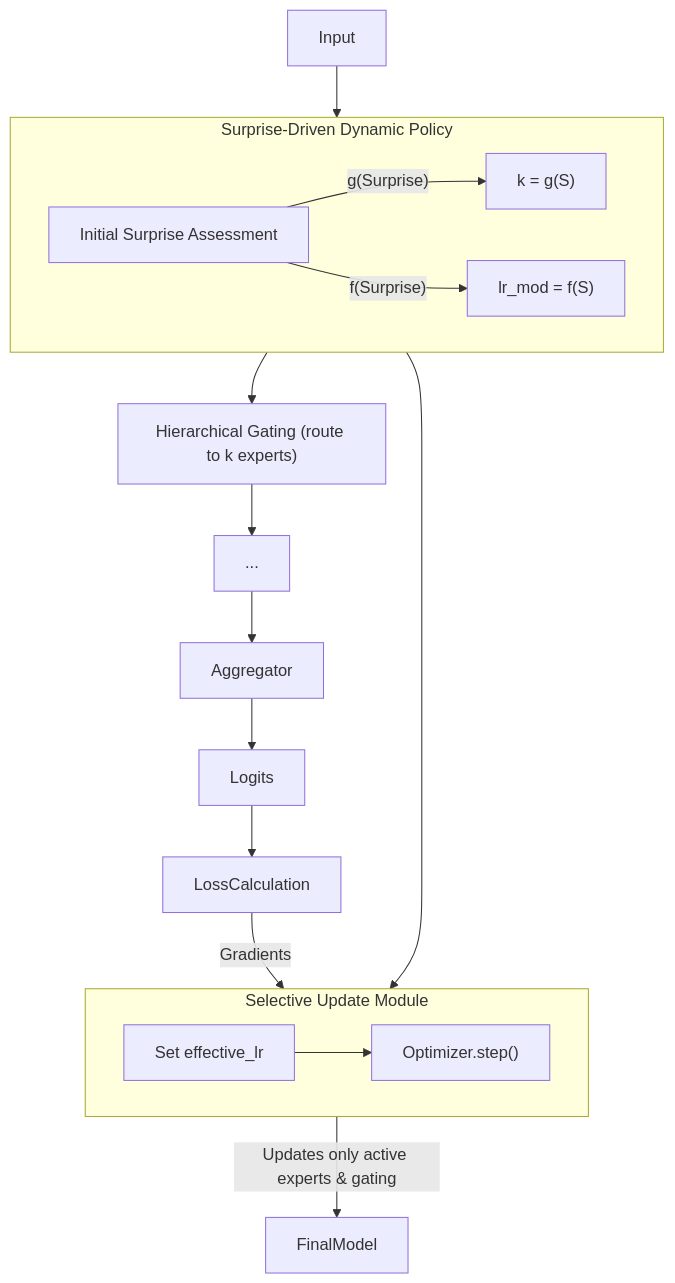
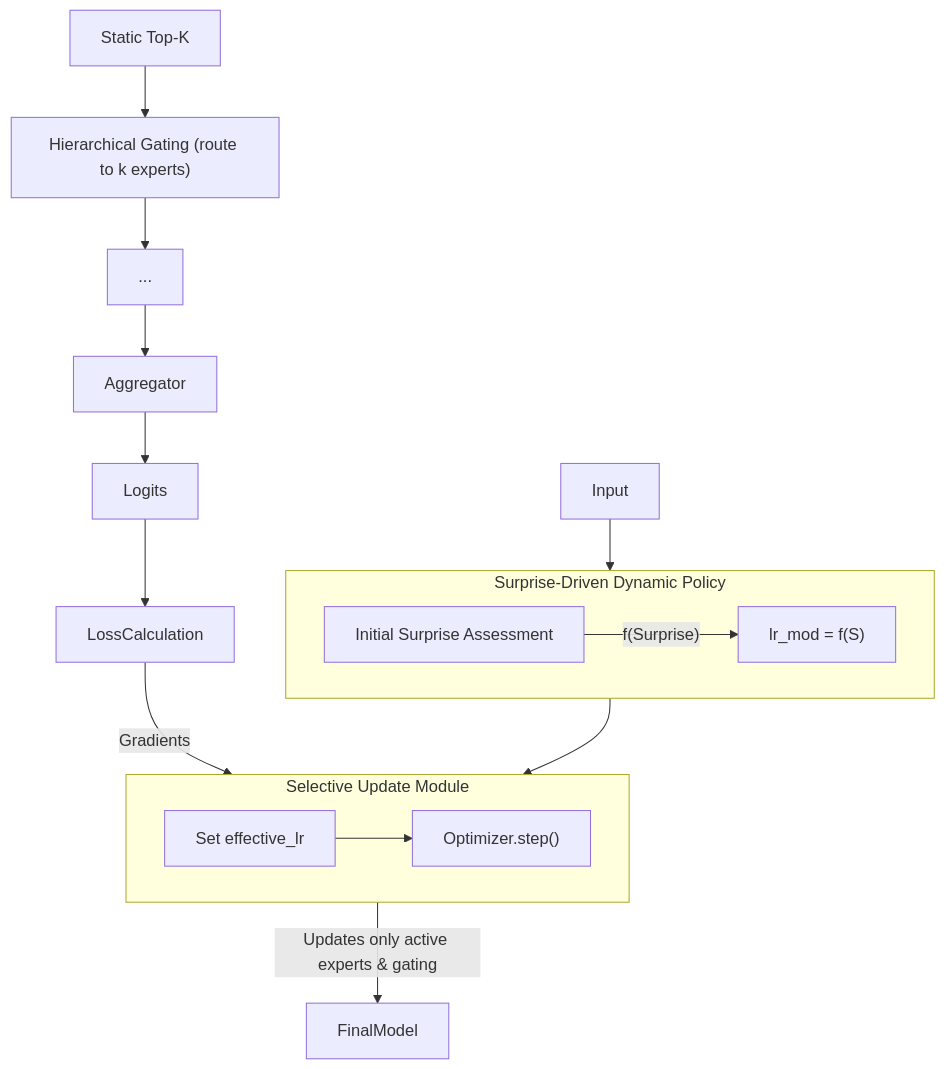
The third of 4 diagrams in readme_zh.md (anmoa/PILF), drawn with Mermaid before and after one commit. The commit also changed other lines of this file and 20 other files, not shown here.

````diff
--- a/readme_zh.md
+++ b/readme_zh.md
@@ -67,27 +83,26 @@
 ```mermaid
 graph TD
     Input --> InitialSurprise["Initial Surprise Assessment"]
     
     subgraph DynamicPolicy [Surprise-Driven Dynamic Policy]
         direction LR
-        InitialSurprise -- "g(Surprise)" --> k_Value["k = g(S)"]
         InitialSurprise -- "f(Surprise)" --> lr_mod_Value["lr_mod = f(S)"]
     end
 
-    k_Value --> HierarchicalGatingNetwork["Hierarchical Gating (route to k experts)"]
+    StaticK["Static Top-K"] --> HierarchicalGatingNetwork["Hierarchical Gating (route to k experts)"]
     HierarchicalGatingNetwork --> MicroExpertPool[...]
     
     MicroExpertPool --> Aggregator
     Aggregator --> Logits
 
     Logits --> LossCalculation
     LossCalculation -- Gradients --> SelectiveUpdate
 
     subgraph SelectiveUpdate [Selective Update Module]
         direction LR
         lr_mod_Value --> SetLR["Set effective_lr"]
         SetLR --> OptimizerStep["Optimizer.step()"]
     end
     
     OptimizerStep -- Updates only active experts & gating --> FinalModel
 ```
````
